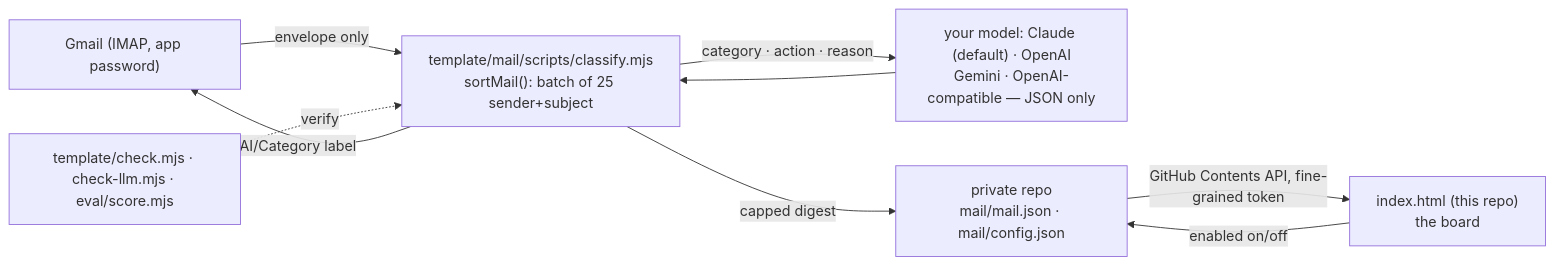
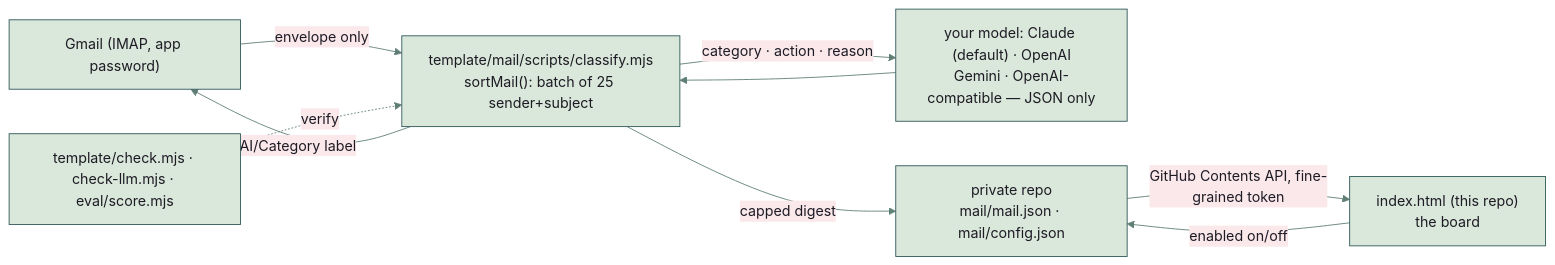
One commit to NickkkLian/Mail-Sorter changed the diagram in README.md. Above: the diagram before and after it, drawn with Mermaid. The commit also changed other lines of this file, not shown here.

First line of the commit message:
README: the diagram and the build badge in the project's colours

````diff
--- a/README.md
+++ b/README.md
@@ -32,11 +32,12 @@
 ```mermaid
+%%{init: {"theme": "base", "themeVariables": {"darkMode": false, "fontFamily": "Inter, BlinkMacSystemFont, Segoe UI, Helvetica Neue, Helvetica, Arial", "primaryColor": "#dae7db", "mainBkg": "#dae7db", "primaryTextColor": "#1d1b24", "nodeTextColor": "#1d1b24", "textColor": "#1d1b24", "primaryBorderColor": "#2f5859", "nodeBorder": "#2f5859", "secondaryColor": "#fae8eb", "tertiaryColor": "#f7e9e8", "lineColor": "#5f7f76", "arrowheadColor": "#5f7f76", "defaultLinkColor": "#5f7f76", "edgeLabelBackground": "#fae8eb", "clusterBkg": "#f7e9e8", "clusterBorder": "#a8707a", "titleColor": "#7d2d44"}}}%%
 flowchart LR
   G["Gmail (IMAP, app password)"] -->|envelope only| C["template/mail/scripts/classify.mjs<br/>sortMail(): batch of 25 sender+subject"]
   C -->|category · action · reason| M["your model: Claude (default) · OpenAI<br/>Gemini · OpenAI-compatible — JSON only"]
   M --> C
   C -->|AI/Category label| G
   C -->|capped digest| J["private repo<br/>mail/mail.json · mail/config.json"]
   J -->|GitHub Contents API, fine-grained token| B["index.html (this repo)<br/>the board"]
   B -->|enabled on/off| J
   T["template/check.mjs · check-llm.mjs · eval/score.mjs"] -. verify .-> C
 ```
````
